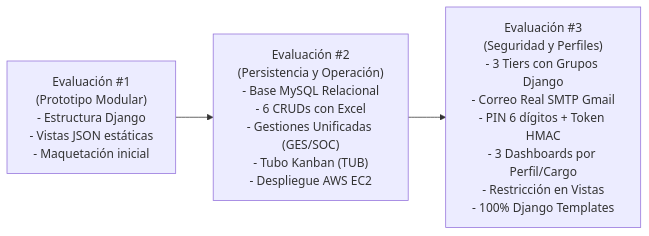
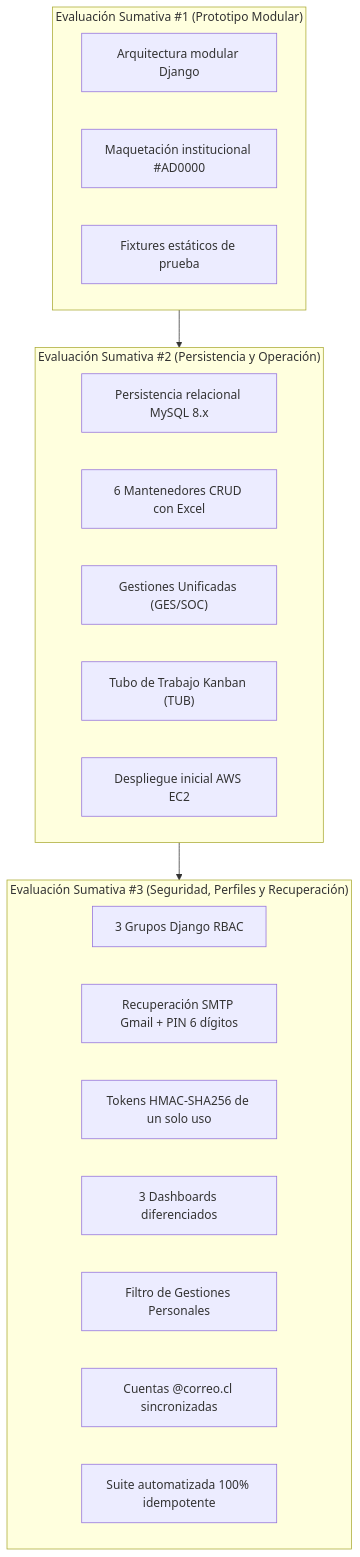
Before and after one commit to iScreamyy6/Backend: the first of 4 diagrams in README.md, drawn with Mermaid. The commit also changed other lines of this file and 3 other files, not shown here.

````diff
--- a/README.md
+++ b/README.md
@@ -39,6 +147,28 @@
 ```mermaid
-flowchart LR
-    E1["Evaluación #1\n(Prototipo Modular)\n- Estructura Django\n- Vistas JSON estáticas\n- Maquetación inicial"] 
-    --> E2["Evaluación #2\n(Persistencia y Operación)\n- Base MySQL Relacional\n- 6 CRUDs con Excel\n- Gestiones Unificadas (GES/SOC)\n- Tubo Kanban (TUB)\n- Despliegue AWS EC2"]
-    --> E3["Evaluación #3\n(Seguridad y Perfiles)\n- 3 Tiers con Grupos Django\n- Correo Real SMTP Gmail\n- PIN 6 dígitos + Token HMAC\n- 3 Dashboards por Perfil/Cargo\n- Restricción en Vistas\n- 100% Django Templates"]
+flowchart TD
+    subgraph EVA1 ["Evaluación Sumativa #1 (Prototipo Modular)"]
+        E1A["Arquitectura modular Django"]
+        E1B["Maquetación institucional #AD0000"]
+        E1C["Fixtures estáticos de prueba"]
+    end
+
+    subgraph EVA2 ["Evaluación Sumativa #2 (Persistencia y Operación)"]
+        E2A["Persistencia relacional MySQL 8.x"]
+        E2B["6 Mantenedores CRUD con Excel"]
+        E2C["Gestiones Unificadas (GES/SOC)"]
+        E2D["Tubo de Trabajo Kanban (TUB)"]
+        E2E["Despliegue inicial AWS EC2"]
+    end
+
+    subgraph EVA3 ["Evaluación Sumativa #3 (Seguridad, Perfiles y Recuperación)"]
+        E3A["3 Grupos Django RBAC"]
+        E3B["Recuperación SMTP Gmail + PIN 6 dígitos"]
+        E3C["Tokens HMAC-SHA256 de un solo uso"]
+        E3D["3 Dashboards diferenciados"]
+        E3E["Filtro de Gestiones Personales"]
+        E3F["Cuentas @correo.cl sincronizadas"]
+        E3G["Suite automatizada 100% idempotente"]
+    end
+
+    EVA1 --> EVA2 --> EVA3
 ```
````
